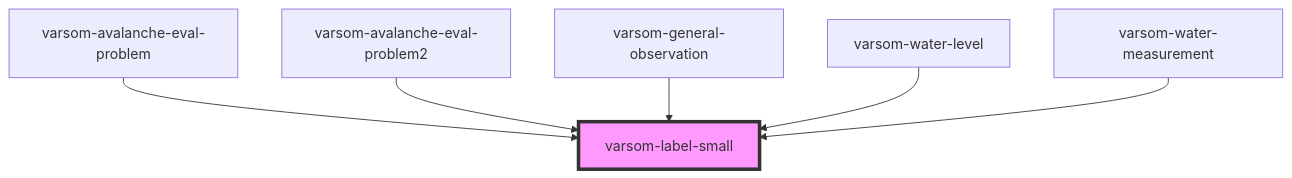
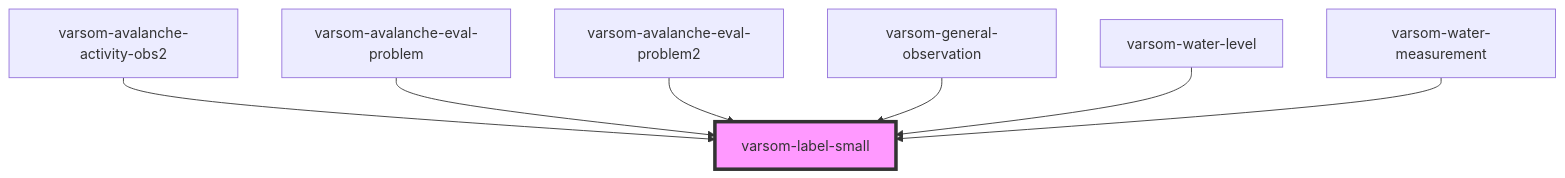
Before and after one commit to NVE/varsom-observation: the diagram in src/components/varsom-label-small/readme.md, drawn with Mermaid. The commit also changed other lines of this file and 8 other files, not shown here.

````diff
--- a/src/components/varsom-label-small/readme.md
+++ b/src/components/varsom-label-small/readme.md
@@ -26,9 +27,10 @@
 ```mermaid
 graph TD;
+  varsom-avalanche-activity-obs2 --> varsom-label-small
   varsom-avalanche-eval-problem --> varsom-label-small
   varsom-avalanche-eval-problem2 --> varsom-label-small
   varsom-general-observation --> varsom-label-small
   varsom-water-level --> varsom-label-small
   varsom-water-measurement --> varsom-label-small
   style varsom-label-small fill:#f9f,stroke:#333,stroke-width:4px
 ```
````
